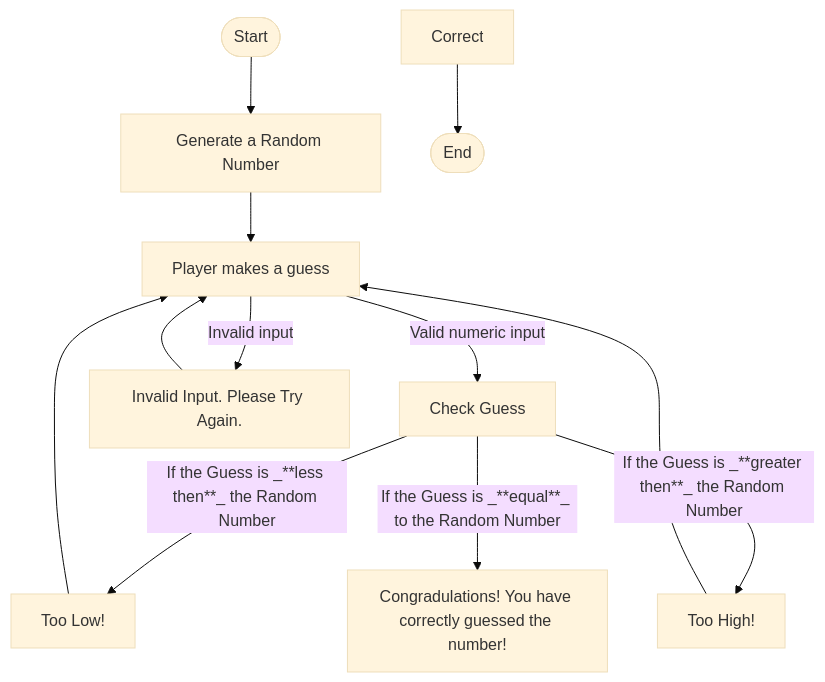
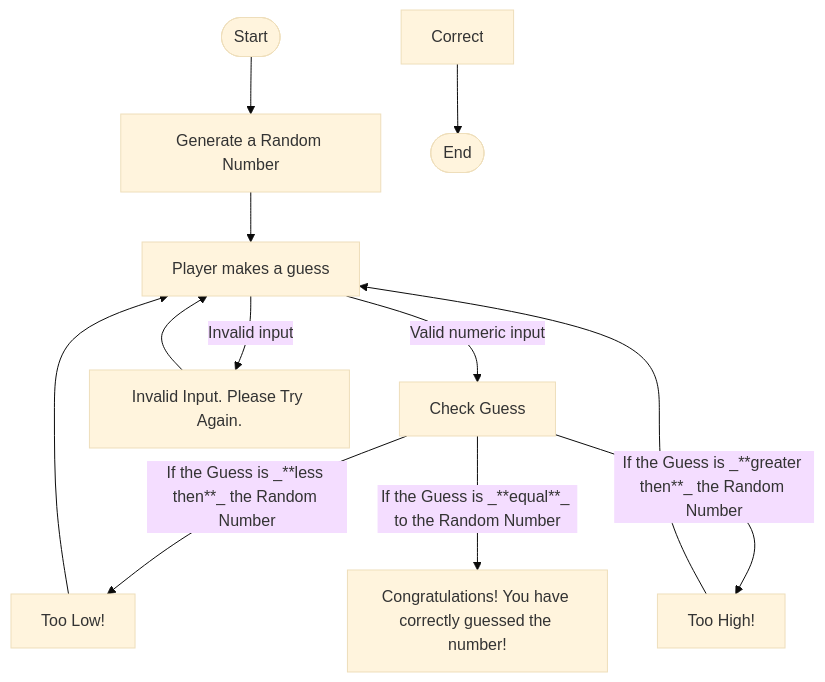
One commit to BrandonH972/BrandonH972.github.io changed the diagram in Guessing.md. Above: the diagram before and after it, drawn with Mermaid (base theme). The commit also changed other lines of this file, not shown here.

````diff
--- a/Guessing.md
+++ b/Guessing.md
@@ -3,17 +3,17 @@
 ```mermaid
 flowchart TD
   Start([Start]) --> A[Generate a Random Number]
   A --> B[Player makes a guess]
 
   B --> |Valid numeric input| Compare[Check Guess]
   B --> |Invalid input| Error[Invalid Input. Please Try Again.]
   Error --> B
 
   Compare --> |If the Guess is _**less then**_ the Random Number| Low[Too Low!]
   Compare --> |If the Guess is _**greater then**_ the Random Number| High[Too High!]
-  Compare --> |If the Guess is _**equal**_ to the Random Number| Win[Congradulations! You have correctly guessed the number!]
+  Compare --> |If the Guess is _**equal**_ to the Random Number| Win[Congratulations! You have correctly guessed the number!]
 
   Low --> B
   High --> B
   Correct --> End([End])
 ```
````
